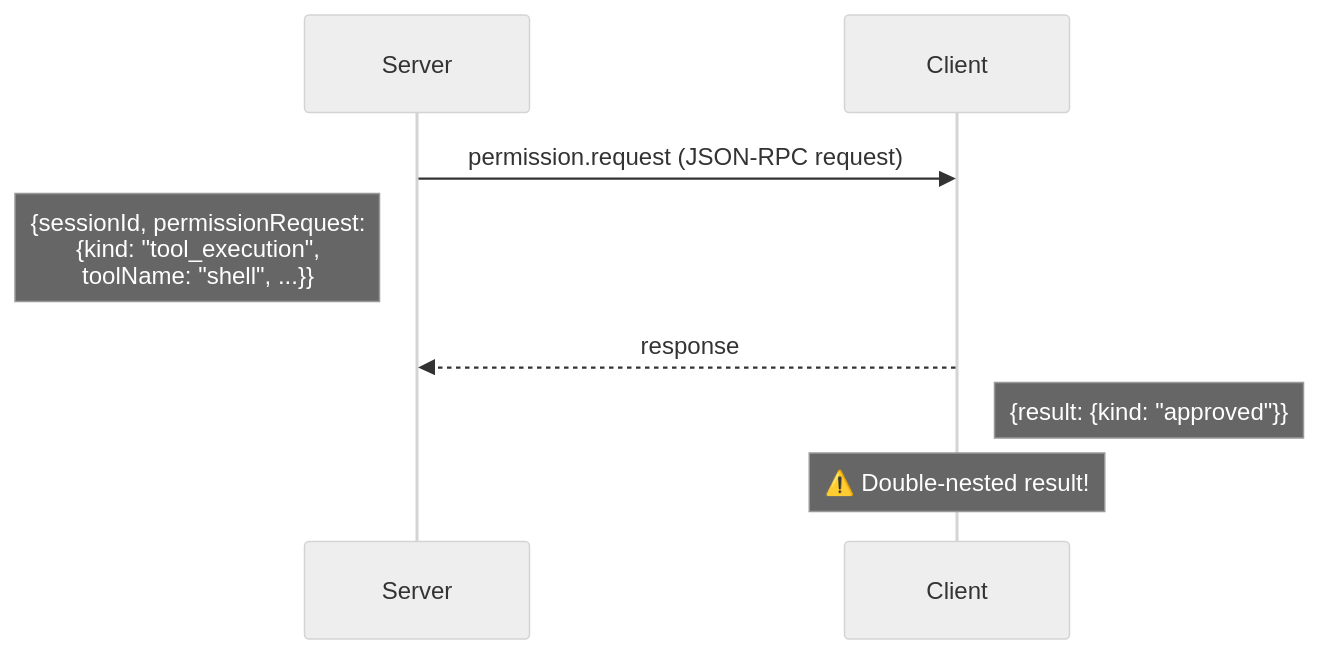
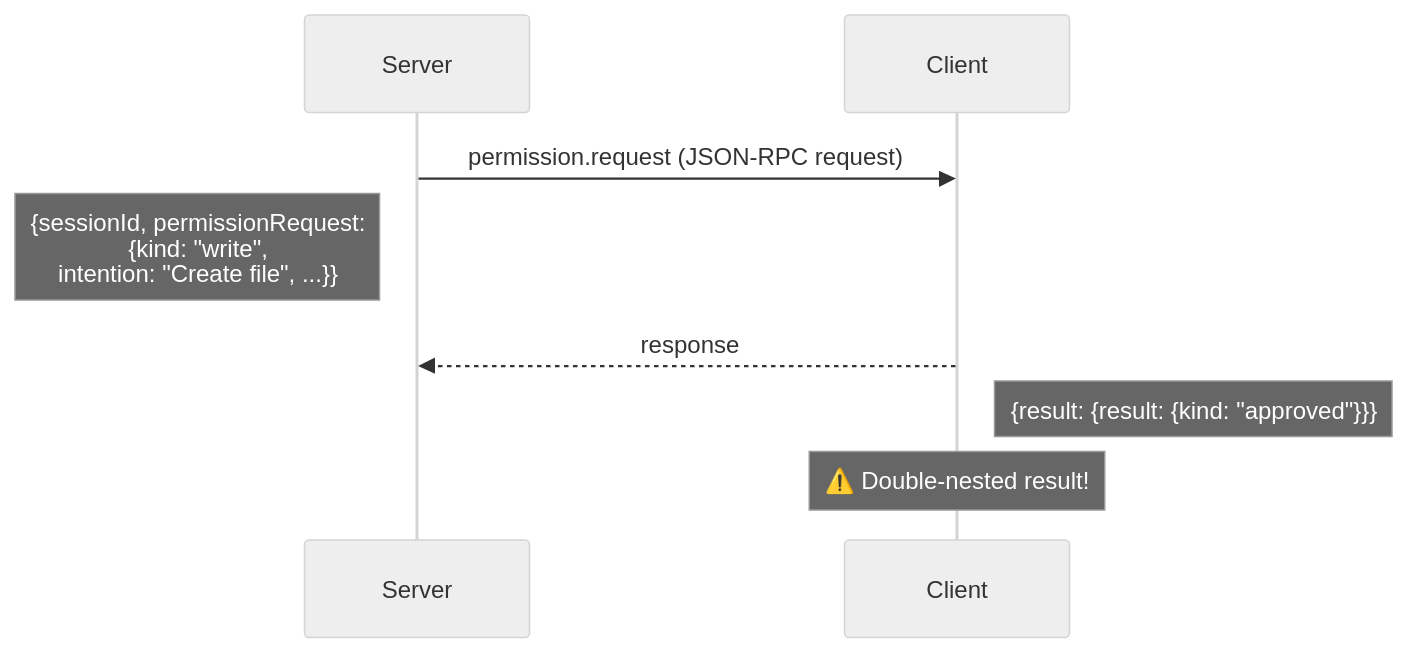
One commit to chgeuer/jido_ghcopilot changed the tenth of 15 diagrams in docs/building-a-copilot-cli-harness.md. Above: the diagram before and after it, drawn with Mermaid (neutral theme). The commit also changed other lines of this file and 3 other files, not shown here.

````diff
--- a/docs/building-a-copilot-cli-harness.md
+++ b/docs/building-a-copilot-cli-harness.md
@@ -382,11 +385,11 @@
 ```mermaid
 sequenceDiagram
     participant S as Server
     participant C as Client
 
     S->>C: permission.request (JSON-RPC request)
-    Note left of S: {sessionId, permissionRequest:<br/>{kind: "tool_execution",<br/>toolName: "shell", ...}}
+    Note left of S: {sessionId, permissionRequest:<br/>{kind: "write",<br/>intention: "Create file", ...}}
     C-->>S: response
-    Note right of C: {result: {kind: "approved"}}
+    Note right of C: {result: {result: {kind: "approved"}}}
     Note over C: ⚠️ Double-nested result!
 ```
````
